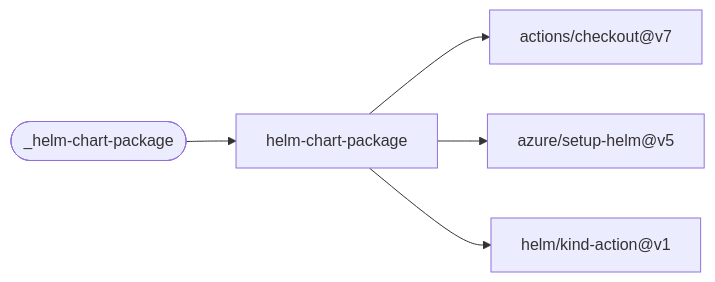
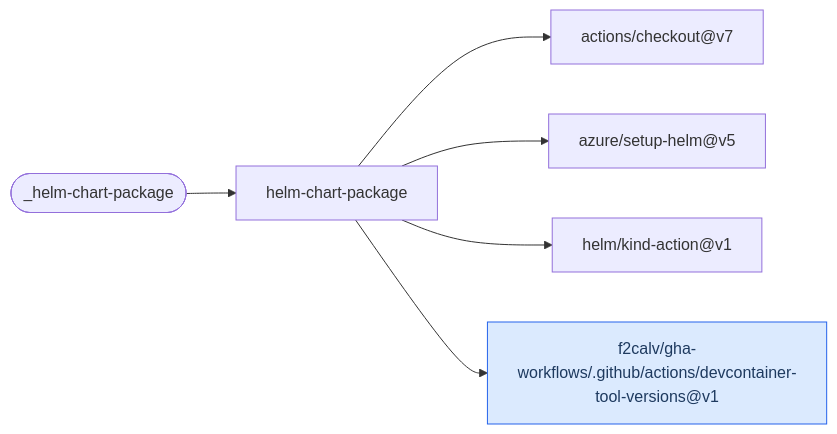
Before and after one commit to f2calv/gha-workflows: the tenth of 14 diagrams in README.md, drawn with Mermaid. The commit also changed other lines of this file and 2 other files, not shown here.

Commit message:
refactor(helm): read the Helm version through devcontainer-tool-versions
- replace the inline devcontainer parsing in helm-chart-package and helm-lint with the published action

````diff
--- a/README.md
+++ b/README.md
@@ -343,8 +343,10 @@
 ```mermaid
 graph LR
     classDef f2calv fill:#dbeafe,stroke:#2563eb,color:#1e3a5f
     W(["_helm-chart-package"]) --> J["helm-chart-package"]
     J --> A1["actions/checkout@v7"]
     J --> A2["azure/setup-helm@v5"]
     J --> A3["helm/kind-action@v1"]
+    J --> A4["f2calv/gha-workflows/.github/actions/devcontainer-tool-versions@v1"]
+    class A4 f2calv
 ```
````
